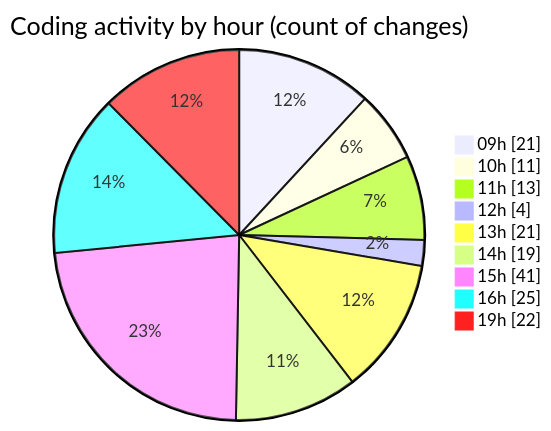
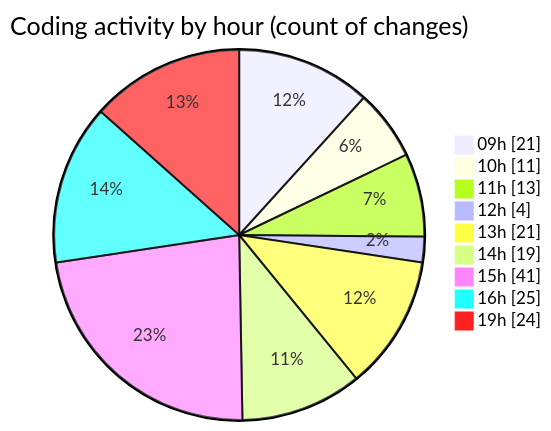
One commit to momahboobian/code-tracking changed the second of 2 diagrams in 2026-06-01/cda/README.md. Above: the diagram before and after it, drawn with Mermaid. The commit also changed other lines of this file and 1 other file, not shown here.

````diff
--- a/2026-06-01/cda/README.md
+++ b/2026-06-01/cda/README.md
@@ -91,13 +91,13 @@
 ```mermaid
 pie showData
 title Coding activity by hour (count of changes)
 "09h" : 21
 "10h" : 11
 "11h" : 13
 "12h" : 4
 "13h" : 21
 "14h" : 19
 "15h" : 41
 "16h" : 25
-"19h" : 22
+"19h" : 24
 ```
````
